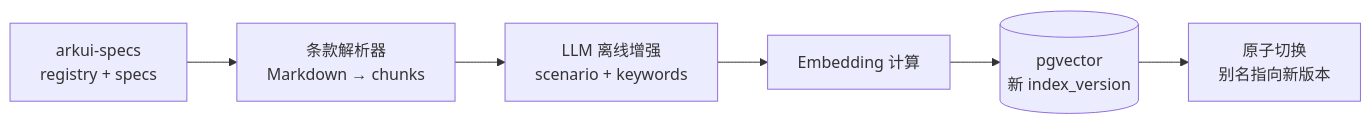
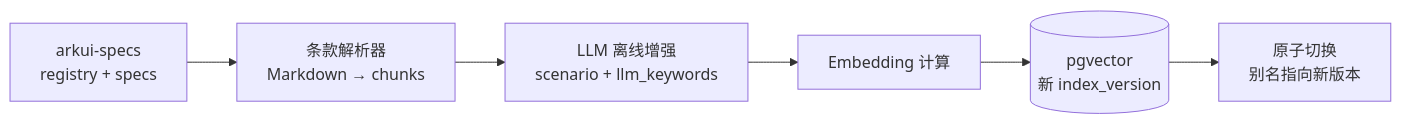
The second of 3 diagrams in docs/modules/retrieval.md (Aut-Ken/arkts-code-reviewer), drawn with Mermaid before and after one commit. The commit also changed other lines of this file, not shown here.

````diff
--- a/docs/modules/retrieval.md
+++ b/docs/modules/retrieval.md
@@ -127,8 +168,8 @@
 ```mermaid
 flowchart LR
     A[arkui-specs<br/>registry + specs] --> B[条款解析器<br/>Markdown → chunks]
-    B --> C[LLM 离线增强<br/>scenario + keywords]
+    B --> C[LLM 离线增强<br/>scenario + llm_keywords]
     C --> D[Embedding 计算]
     D --> E[(pgvector<br/>新 index_version)]
     E --> F[原子切换<br/>别名指向新版本]
 ```
````
